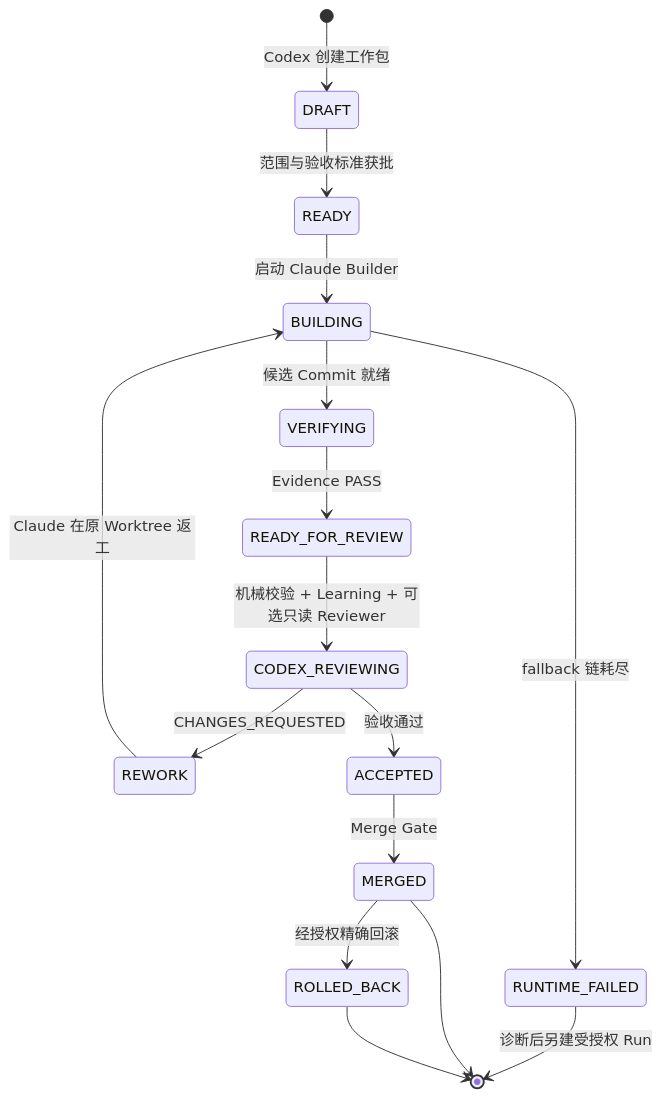
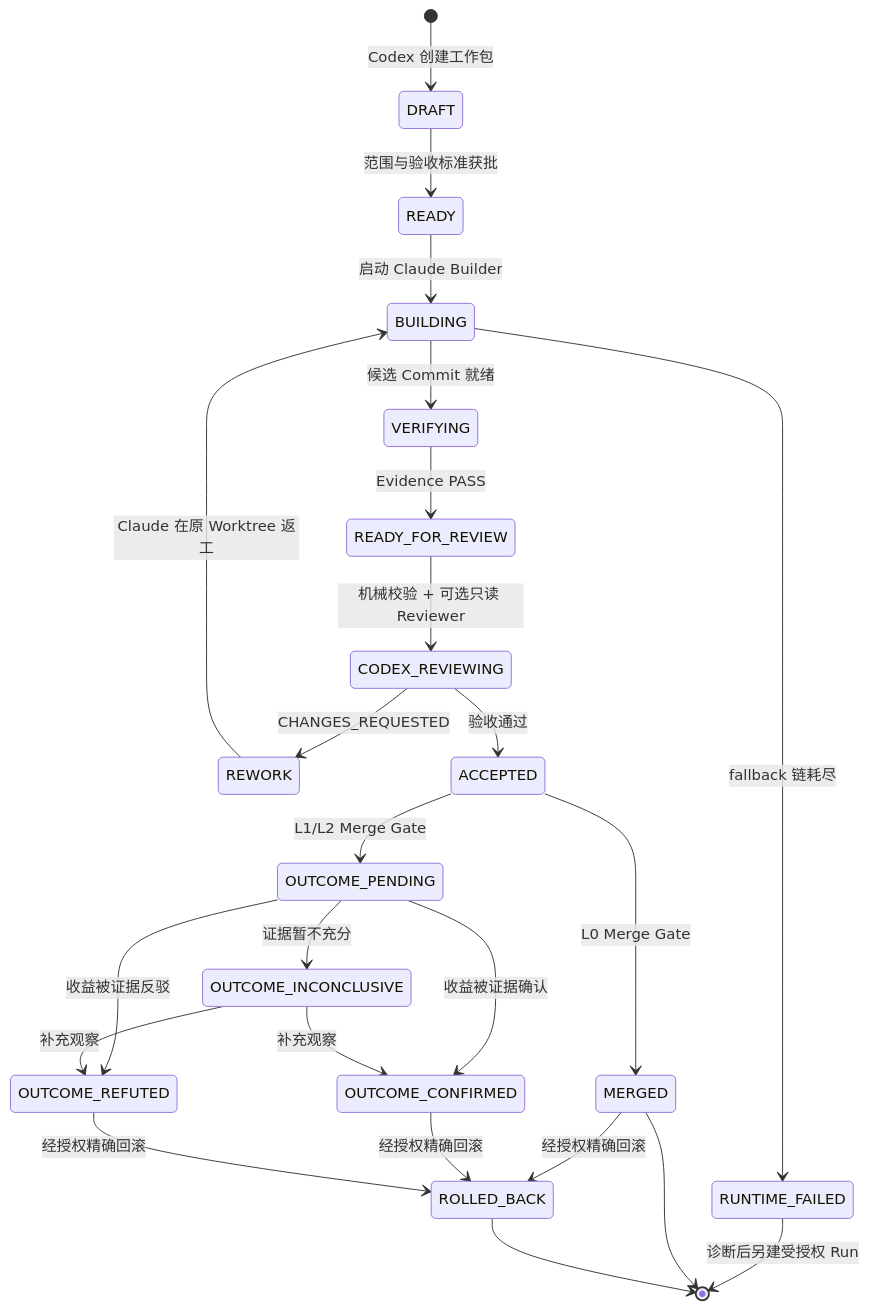
One commit to chukong-creator/agent-os-skill changed the second of 4 diagrams in README.md. Above: the diagram before and after it, drawn with Mermaid. The commit also changed other lines of this file and 20 other files, not shown here.

````diff
--- a/README.md
+++ b/README.md
@@ -80,18 +93,26 @@
 ```mermaid
 stateDiagram-v2
     [*] --> DRAFT: Codex 创建工作包
     DRAFT --> READY: 范围与验收标准获批
     READY --> BUILDING: 启动 Claude Builder
     BUILDING --> VERIFYING: 候选 Commit 就绪
     VERIFYING --> READY_FOR_REVIEW: Evidence PASS
-    READY_FOR_REVIEW --> CODEX_REVIEWING: 机械校验 + Learning + 可选只读 Reviewer
+    READY_FOR_REVIEW --> CODEX_REVIEWING: 机械校验 + 可选只读 Reviewer
     CODEX_REVIEWING --> REWORK: CHANGES_REQUESTED
     REWORK --> BUILDING: Claude 在原 Worktree 返工
     CODEX_REVIEWING --> ACCEPTED: 验收通过
-    ACCEPTED --> MERGED: Merge Gate
+    ACCEPTED --> MERGED: L0 Merge Gate
+    ACCEPTED --> OUTCOME_PENDING: L1/L2 Merge Gate
+    OUTCOME_PENDING --> OUTCOME_CONFIRMED: 收益被证据确认
+    OUTCOME_PENDING --> OUTCOME_REFUTED: 收益被证据反驳
+    OUTCOME_PENDING --> OUTCOME_INCONCLUSIVE: 证据暂不充分
+    OUTCOME_INCONCLUSIVE --> OUTCOME_CONFIRMED: 补充观察
+    OUTCOME_INCONCLUSIVE --> OUTCOME_REFUTED: 补充观察
     BUILDING --> RUNTIME_FAILED: fallback 链耗尽
     RUNTIME_FAILED --> [*]: 诊断后另建受授权 Run
     MERGED --> ROLLED_BACK: 经授权精确回滚
+    OUTCOME_CONFIRMED --> ROLLED_BACK: 经授权精确回滚
+    OUTCOME_REFUTED --> ROLLED_BACK: 经授权精确回滚
     MERGED --> [*]
     ROLLED_BACK --> [*]
 ```
````
